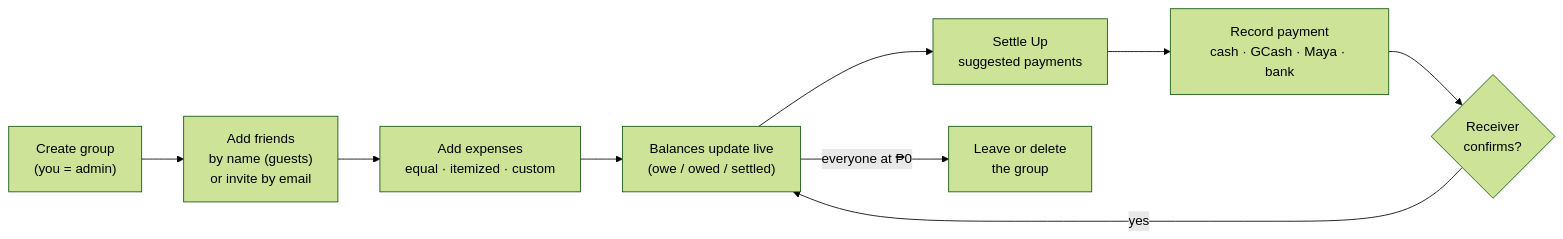
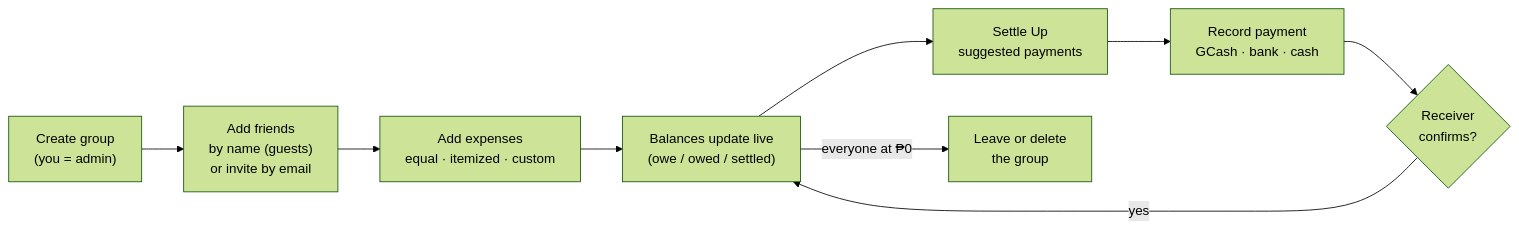
Before and after one commit to francoiseee/gastosaurus: the diagram in docs/HOW-THE-MONEY-WORKS.md, drawn with Mermaid (forest theme). The commit also changed other lines of this file and 10 other files, not shown here.

````diff
--- a/docs/HOW-THE-MONEY-WORKS.md
+++ b/docs/HOW-THE-MONEY-WORKS.md
@@ -9,11 +9,11 @@
 ```mermaid
 flowchart LR
   A["Create group<br/>(you = admin)"] --> B["Add friends<br/>by name (guests)<br/>or invite by email"]
   B --> C["Add expenses<br/>equal · itemized · custom"]
   C --> D["Balances update live<br/>(owe / owed / settled)"]
   D --> E["Settle Up<br/>suggested payments"]
-  E --> F["Record payment<br/>cash · GCash · Maya · bank"]
+  E --> F["Record payment<br/>GCash · bank · cash"]
   F --> G{"Receiver<br/>confirms?"}
   G -- yes --> D
   D -- "everyone at ₱0" --> H["Leave or delete<br/>the group"]
 ```
````
